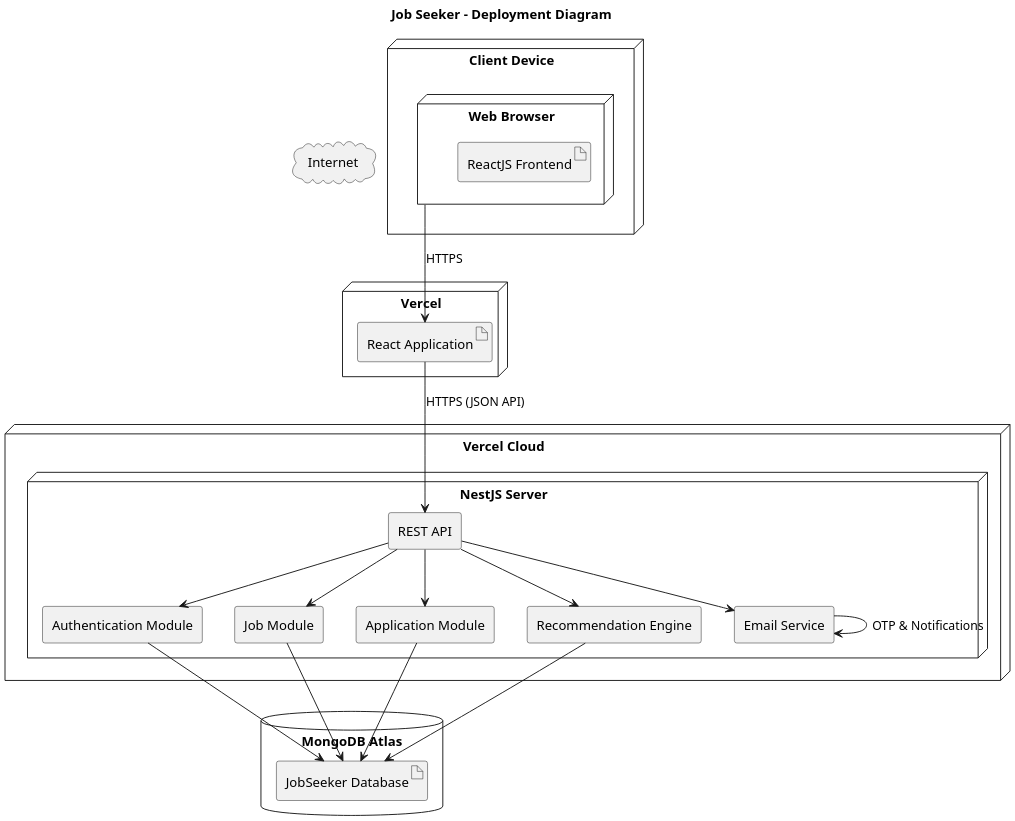
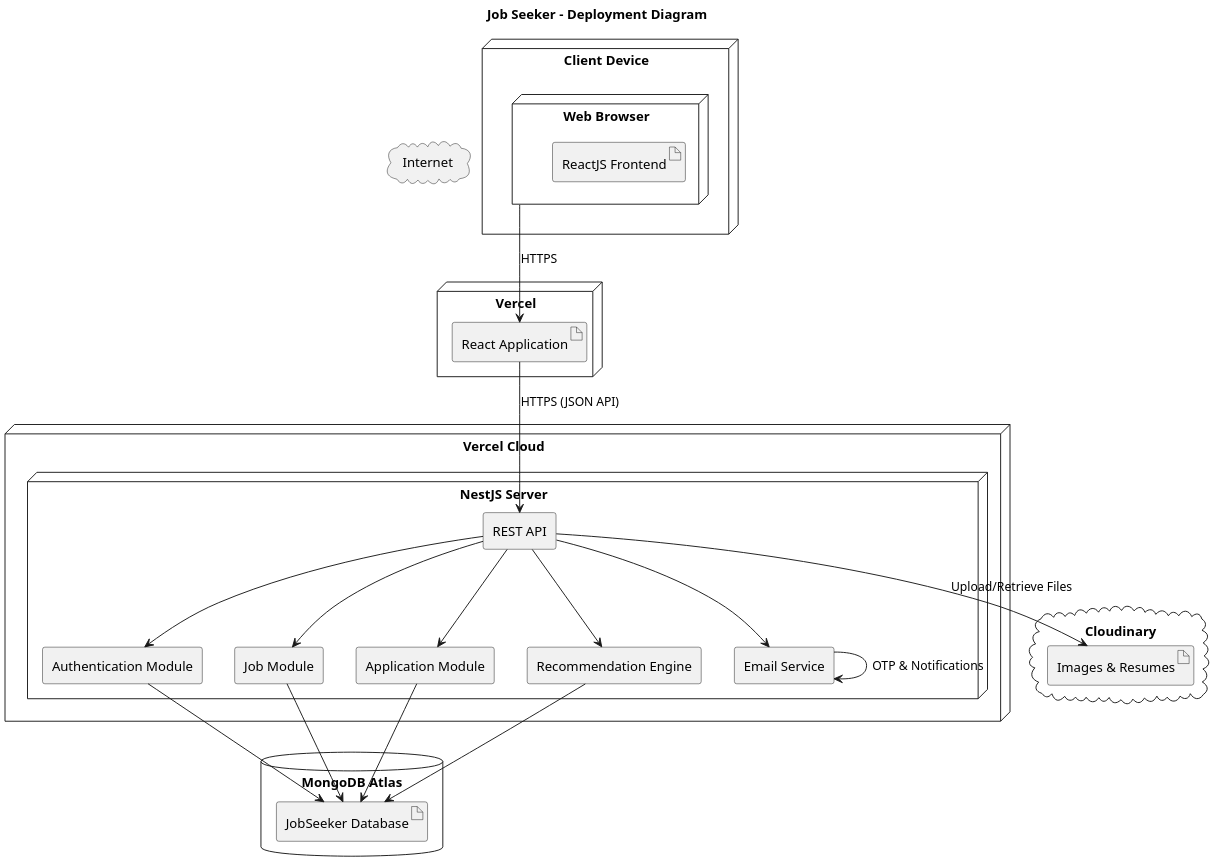
The diagram in diagrams/DeploymentDiagram.puml (azulgautam79/jobseeker-backend-nestjs), drawn with PlantUML before and after one commit. The commit also changed 2 other files, not shown here.

```diff
--- a/diagrams/DeploymentDiagram.puml
+++ b/diagrams/DeploymentDiagram.puml
@@ -1,77 +1,77 @@
 @startuml
 title Job Seeker - Deployment Diagram
 
 skinparam componentStyle rectangle
 skinparam shadowing false
 skinparam dpi 180
 
 node "Client Device" {
     node "Web Browser" {
         artifact "ReactJS Frontend"
     }
 }
 
 cloud "Internet"
 
 node "Vercel" {
     artifact "React Application"
 }
 
 node "Vercel Cloud" {
 
     node "NestJS Server" {
 
         component "REST API"
 
         component "Authentication Module"
 
         component "Job Module"
 
         component "Application Module"
 
         component "Recommendation Engine"
 
         ' component "Notification Module\n(Server Sent Events)"
 
         component "Email Service"
 
     }
 
 }
 
 database "MongoDB Atlas" {
     artifact "JobSeeker Database"
 }
 
-' cloud "Cloudinary" {
-'     artifact "Images & Resumes"
-' }
+cloud "Cloudinary" {
+    artifact "Images & Resumes"
+}
 
 ' Client Connections
 "Web Browser" --> "React Application" : HTTPS
 
 ' Frontend to Backend
 "React Application" --> "REST API" : HTTPS (JSON API)
 
 ' Real-time notifications
 ' "Web Browser" <-- "Notification Module\n(Server Sent Events)" : SSE
 
 ' Backend Modules
 "REST API" --> "Authentication Module"
 "REST API" --> "Job Module"
 "REST API" --> "Application Module"
 "REST API" --> "Recommendation Engine"
 "REST API" --> "Email Service"
 
 ' Database Access
 "Authentication Module" --> "JobSeeker Database"
 "Job Module" --> "JobSeeker Database"
 "Application Module" --> "JobSeeker Database"
 "Recommendation Engine" --> "JobSeeker Database"
 ' "Notification Module\n(Server Sent Events)" --> "JobSeeker Database"
 
 ' External Services
-' "REST API" --> "Images & Resumes" : Upload/Retrieve Files
+"REST API" --> "Images & Resumes" : Upload/Retrieve Files
 "Email Service" --> "Email Service" : OTP & Notifications
 
 @enduml
```
